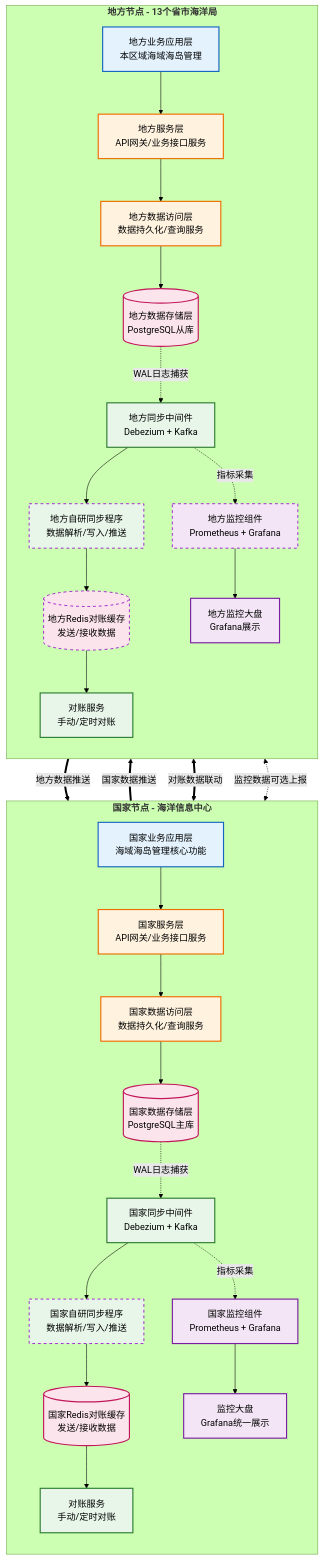
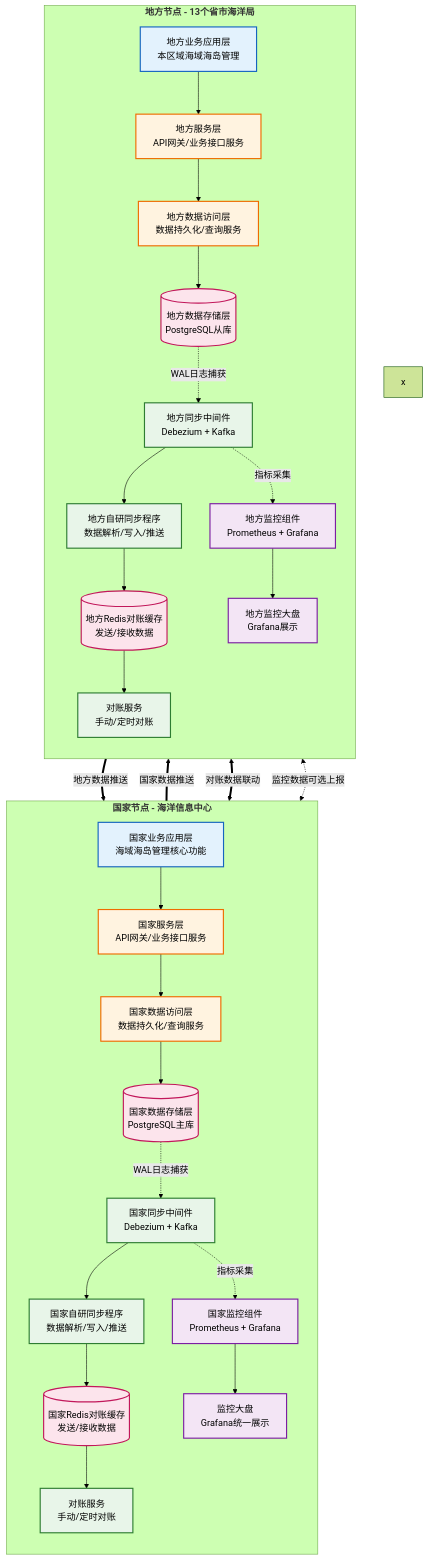
One commit to MyJohn2/iodraw-files changed the diagram in all/未命名-1.md. Above: the diagram before and after it, drawn with Mermaid (forest theme).

Commit message:
2026-03-03 18:50:29 update

````diff
--- a/all/未命名-1.md
+++ b/all/未命名-1.md
@@ -1,71 +1,71 @@
 ```mermaid
 flowchart TD
     %% 定义样式
     classDef app fill:#e3f2fd,stroke:#1565c0,stroke-width:2px;
     classDef service fill:#fff3e0,stroke:#ef6c00,stroke-width:2px;
     classDef data fill:#fce4ec,stroke:#c2185b,stroke-width:2px;
     classDef sync fill:#e8f5e9,stroke:#2e7d32,stroke-width:2px;
     classDef monitor fill:#f3e5f5,stroke:#7b1fa2,stroke-width:2px;
-    classDef linkLine stroke:#950DCD,stroke-width:1.5px,stroke-dasharray: 5 5;
+   x
 
     %% 国家节点 - 修复了标题括号问题
     subgraph NationNode [<B>国家节点 - 海洋信息中心]
         direction TB
         A1[国家业务应用层<br/>海域海岛管理核心功能]:::app
         B1[国家服务层<br/>API网关/业务接口服务]:::service
         C1[国家数据访问层<br/>数据持久化/查询服务]:::service
         D1[(国家数据存储层<br/>PostgreSQL主库)]:::data
         E1[国家同步中间件<br/>Debezium + Kafka]:::sync
         F1[国家自研同步程序<br/>数据解析/写入/推送]:::sync
         G1[(国家Redis对账缓存<br/>发送/接收数据)]:::data
         H1[国家监控组件<br/>Prometheus + Grafana]:::monitor
         I1[对账服务<br/>手动/定时对账]:::sync
         J1[监控大盘<br/>Grafana统一展示]:::monitor
 
         A1 --> B1
         B1 --> C1
         C1 --> D1
         D1 -.->|WAL日志捕获 | E1
         E1 --> F1
         F1 --> G1
         E1 -.->|指标采集 | H1
         G1 --> I1
         H1 --> J1
     end
     
     %% 地方节点 - 修复了标题括号问题
     subgraph LocalNode [<B>地方节点 - 13个省市海洋局]
         direction TB
         A2[地方业务应用层<br/>本区域海域海岛管理]:::app
         B2[地方服务层<br/>API网关/业务接口服务]:::service
         C2[地方数据访问层<br/>数据持久化/查询服务]:::service
         D2[(地方数据存储层<br/>PostgreSQL从库)]:::data
         E2[地方同步中间件<br/>Debezium + Kafka]:::sync
         F2[地方自研同步程序<br/>数据解析/写入/推送]:::sync
         G2[(地方Redis对账缓存<br/>发送/接收数据)]:::data
         H2[地方监控组件<br/>Prometheus + Grafana]:::monitor
         I2[对账服务<br/>手动/定时对账]:::sync
         J2[地方监控大盘<br/>Grafana展示]:::monitor
 
         A2 --> B2
         B2 --> C2
         C2 --> D2
         D2 -.->|WAL日志捕获 | E2
         E2 --> F2
         F2 --> G2
         E2 -.->|指标采集 | H2
         G2 --> I2
         H2 --> J2
     end
     
     %% 跨节点交互
     E2 ==>|地方数据推送 | F1:::linkLine
     E1 ==>|国家数据推送 | F2:::linkLine
     G1 <==>|对账数据联动 | G2:::linkLine
     H1 <-.->|监控数据可选上报 | H2:::linkLine
     
 
 
 
 
 ```
````
